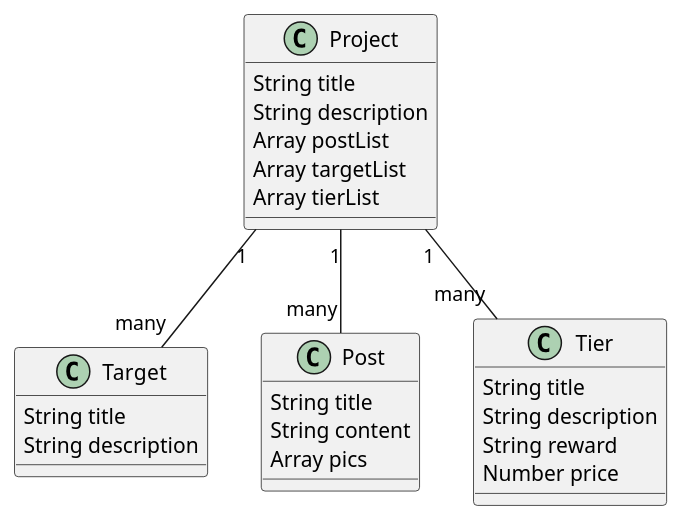
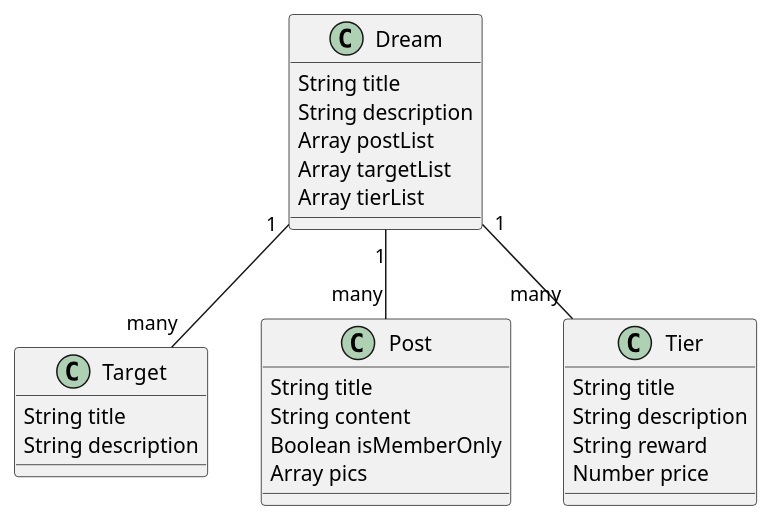
The diagram in docs/business.wsd (109km/clients-server-frame), drawn with PlantUML before and after one commit. The commit also changed 9 other files, not shown here.

Commit message:
distinct post and dream

```diff
--- a/docs/business.wsd
+++ b/docs/business.wsd
@@ -1,31 +1,32 @@
 @startuml
-class Project{
+class Dream{
   String title
   String description
   Array postList
   Array targetList
   Array tierList
 }
-class Target{ 
+class Target{
   String title
   String description
 }
 class Post{
   String title
   String content
+  Boolean isMemberOnly
   Array pics
 }
 class Tier{
   String title
   String description
   String reward
   Number price
 }
 
-Project "1" -- "many" Target
-Project "1" -- "many" Tier
-Project "1" -- "many" Post
+Dream "1" -- "many" Target
+Dream "1" -- "many" Tier
+Dream "1" -- "many" Post
 
 
 
 @enduml
```
